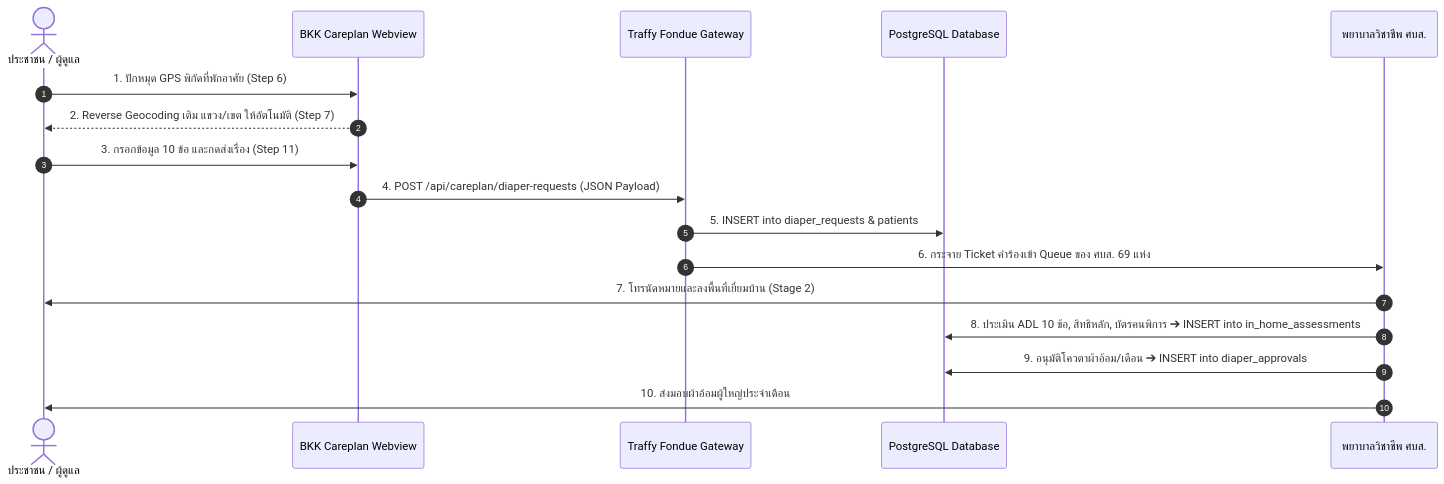
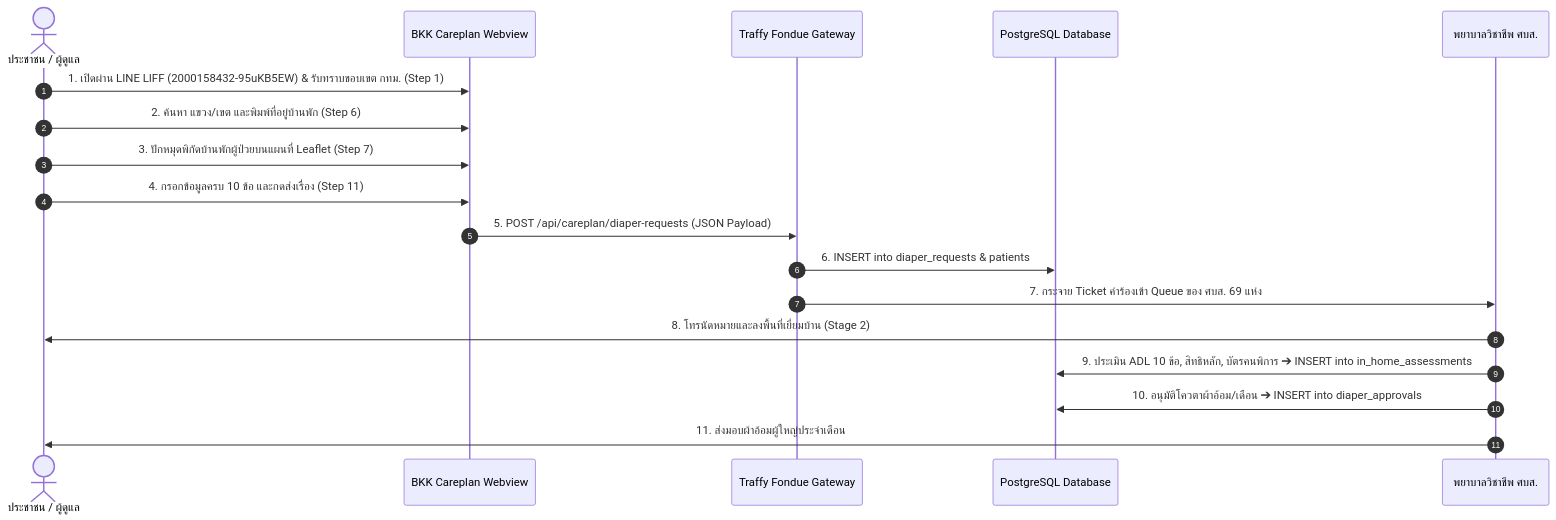
One commit to traffy-nectec/bkk-careplan changed the first of 2 diagrams in okf/module_bkk_careplan.md. Above: the diagram before and after it, drawn with Mermaid. The commit also changed 7 other files, not shown here.

Commit message:
feat(liff): optimize UX flow with BKK notice, reordered address/map steps, and clear patient home pin instructions

````diff
--- a/okf/module_bkk_careplan.md
+++ b/okf/module_bkk_careplan.md
@@ -13,20 +13,21 @@
 ```mermaid
 sequenceDiagram
     autonumber
     actor User as ประชาชน / ผู้ดูแล
     participant Webview as BKK Careplan Webview
     participant API as Traffy Fondue Gateway
     participant DB as PostgreSQL Database
     participant Nurse as พยาบาลวิชาชีพ ศบส.
 
-    User->>Webview: 1. ปักหมุด GPS พิกัดที่พักอาศัย (Step 6)
-    Webview-->>User: 2. Reverse Geocoding เติม แขวง/เขต ให้อัตโนมัติ (Step 7)
-    User->>Webview: 3. กรอกข้อมูล 10 ข้อ และกดส่งเรื่อง (Step 11)
-    Webview->>API: 4. POST /api/careplan/diaper-requests (JSON Payload)
-    API->>DB: 5. INSERT into diaper_requests & patients
-    API->>Nurse: 6. กระจาย Ticket คำร้องเข้า Queue ของ ศบส. 69 แห่ง
-    Nurse->>User: 7. โทรนัดหมายและลงพื้นที่เยี่ยมบ้าน (Stage 2)
-    Nurse->>DB: 8. ประเมิน ADL 10 ข้อ, สิทธิหลัก, บัตรคนพิการ ➔ INSERT into in_home_assessments
-    Nurse->>DB: 9. อนุมัติโควตาผ้าอ้อม/เดือน ➔ INSERT into diaper_approvals
-    Nurse->>User: 10. ส่งมอบผ้าอ้อมผู้ใหญ่ประจำเดือน
+    User->>Webview: 1. เปิดผ่าน LINE LIFF (2000158432-95uKB5EW) & รับทราบขอบเขต กทม. (Step 1)
+    User->>Webview: 2. ค้นหา แขวง/เขต และพิมพ์ที่อยู่บ้านพัก (Step 6)
+    User->>Webview: 3. ปักหมุดพิกัดบ้านพักผู้ป่วยบนแผนที่ Leaflet (Step 7)
+    User->>Webview: 4. กรอกข้อมูลครบ 10 ข้อ และกดส่งเรื่อง (Step 11)
+    Webview->>API: 5. POST /api/careplan/diaper-requests (JSON Payload)
+    API->>DB: 6. INSERT into diaper_requests & patients
+    API->>Nurse: 7. กระจาย Ticket คำร้องเข้า Queue ของ ศบส. 69 แห่ง
+    Nurse->>User: 8. โทรนัดหมายและลงพื้นที่เยี่ยมบ้าน (Stage 2)
+    Nurse->>DB: 9. ประเมิน ADL 10 ข้อ, สิทธิหลัก, บัตรคนพิการ ➔ INSERT into in_home_assessments
+    Nurse->>DB: 10. อนุมัติโควตาผ้าอ้อม/เดือน ➔ INSERT into diaper_approvals
+    Nurse->>User: 11. ส่งมอบผ้าอ้อมผู้ใหญ่ประจำเดือน
 ```
````
